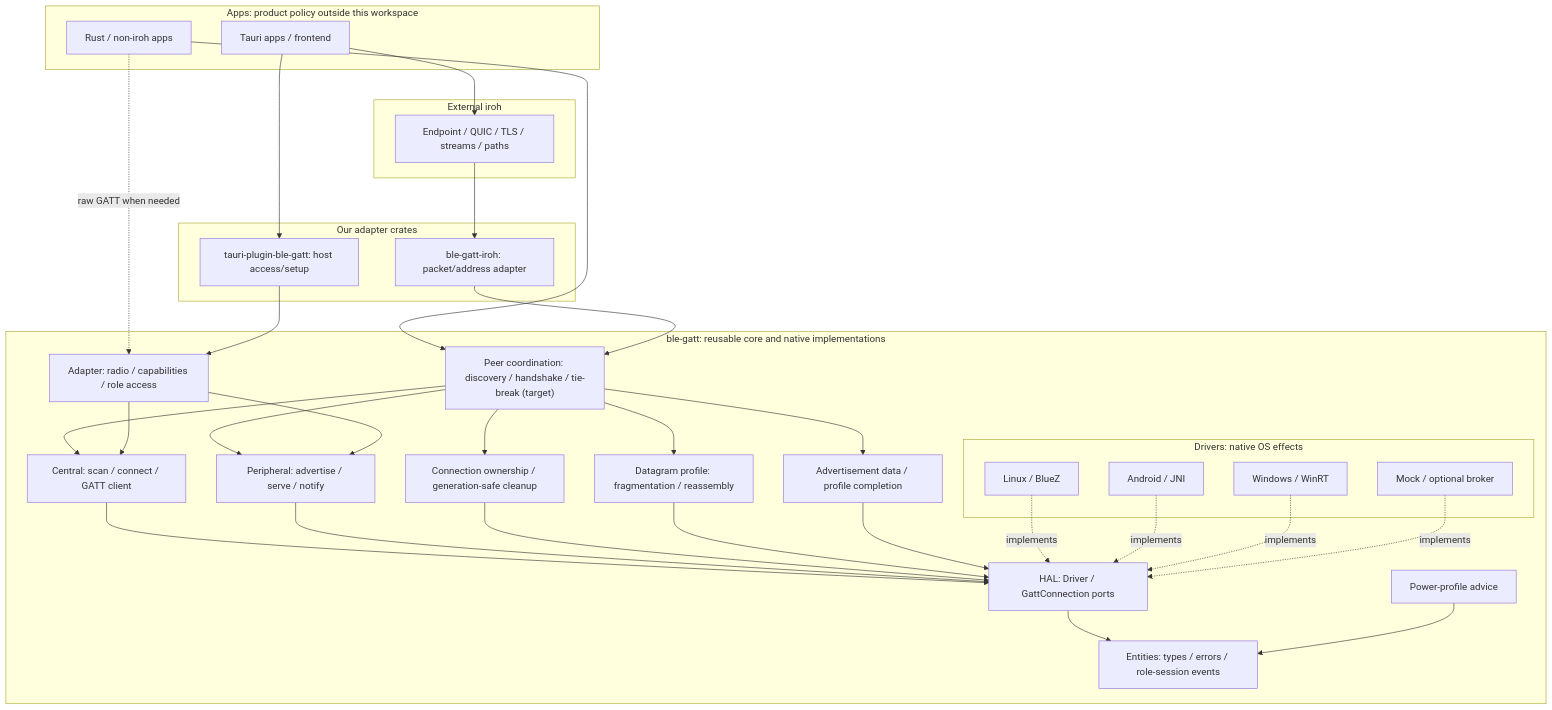
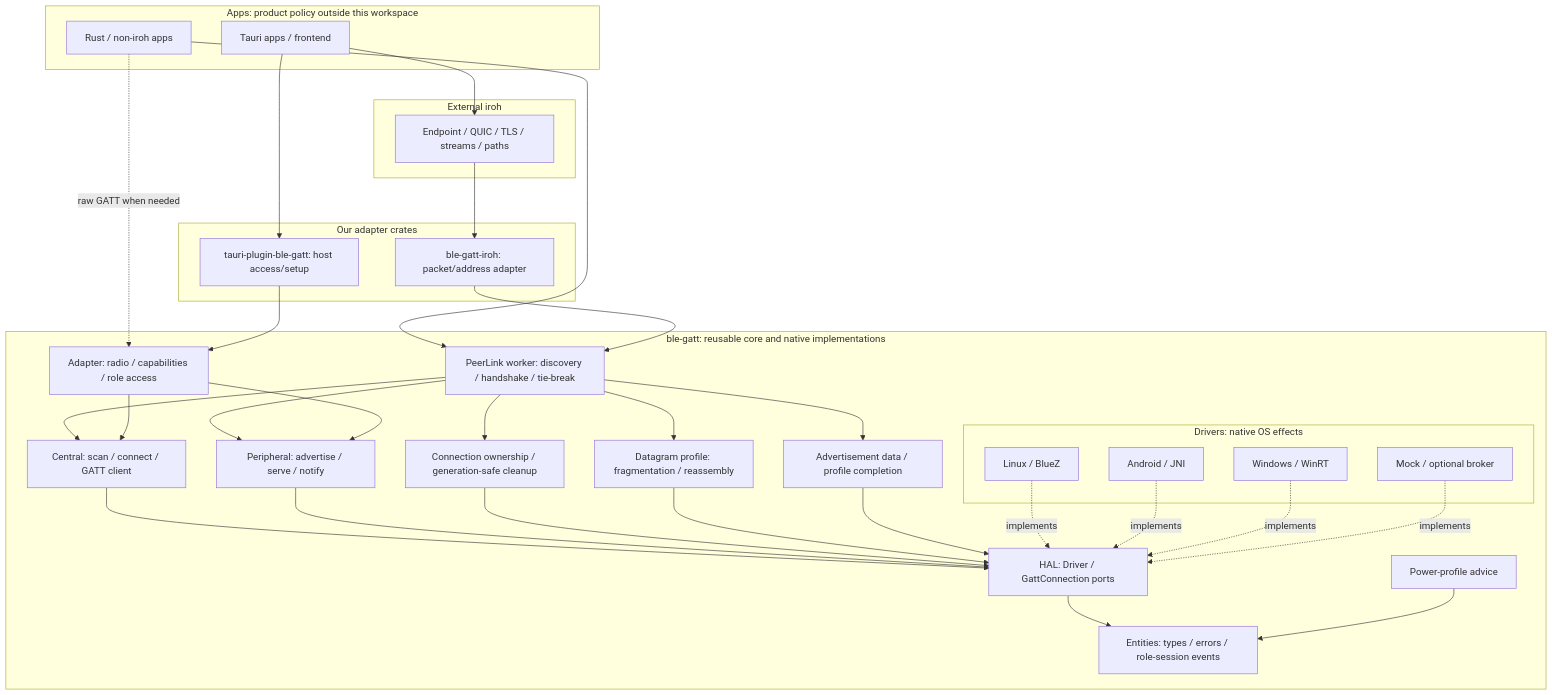
One commit to VRuzhentsov/ble-gatt changed the diagram in docs/architecture.md. Above: the diagram before and after it, drawn with Mermaid. The commit also changed other lines of this file and 63 other files, not shown here.

````diff
--- a/docs/architecture.md
+++ b/docs/architecture.md
@@ -29,57 +29,57 @@
 ```mermaid
 flowchart TB
     subgraph apps["Apps: product policy outside this workspace"]
         direct["Rust / non-iroh apps"]
         tauriApp["Tauri apps / frontend"]
     end
     subgraph external["External iroh"]
         endpoint["Endpoint / QUIC / TLS / streams / paths"]
     end
     subgraph integrations["Our adapter crates"]
         irohAdapter["ble-gatt-iroh: packet/address adapter"]
         tauriAdapter["tauri-plugin-ble-gatt: host access/setup"]
     end
     subgraph core["ble-gatt: reusable core and native implementations"]
-        peer["Peer coordination: discovery / handshake / tie-break (target)"]
+        peer["PeerLink worker: discovery / handshake / tie-break"]
         adapter["Adapter: radio / capabilities / role access"]
         central["Central: scan / connect / GATT client"]
         peripheral["Peripheral: advertise / serve / notify"]
         owned["Connection ownership / generation-safe cleanup"]
         messages["Datagram profile: fragmentation / reassembly"]
         discovery["Advertisement data / profile completion"]
         power["Power-profile advice"]
         hal["HAL: Driver / GattConnection ports"]
         entities["Entities: types / errors / role-session events"]
         subgraph drivers["Drivers: native OS effects"]
             linux["Linux / BlueZ"]
             android["Android / JNI"]
             windows["Windows / WinRT"]
             mock["Mock / optional broker"]
         end
     end
     direct --> peer
     direct -. "raw GATT when needed" .-> adapter
     tauriApp --> tauriAdapter
     tauriApp --> endpoint
     endpoint --> irohAdapter
     irohAdapter --> peer
     tauriAdapter --> adapter
     peer --> central
     peer --> peripheral
     peer --> owned
     peer --> messages
     peer --> discovery
     adapter --> central
     adapter --> peripheral
     central --> hal
     peripheral --> hal
     owned --> hal
     messages --> hal
     discovery --> hal
     hal --> entities
     power --> entities
     linux -. "implements" .-> hal
     android -. "implements" .-> hal
     windows -. "implements" .-> hal
     mock -. "implements" .-> hal
 ```
````
